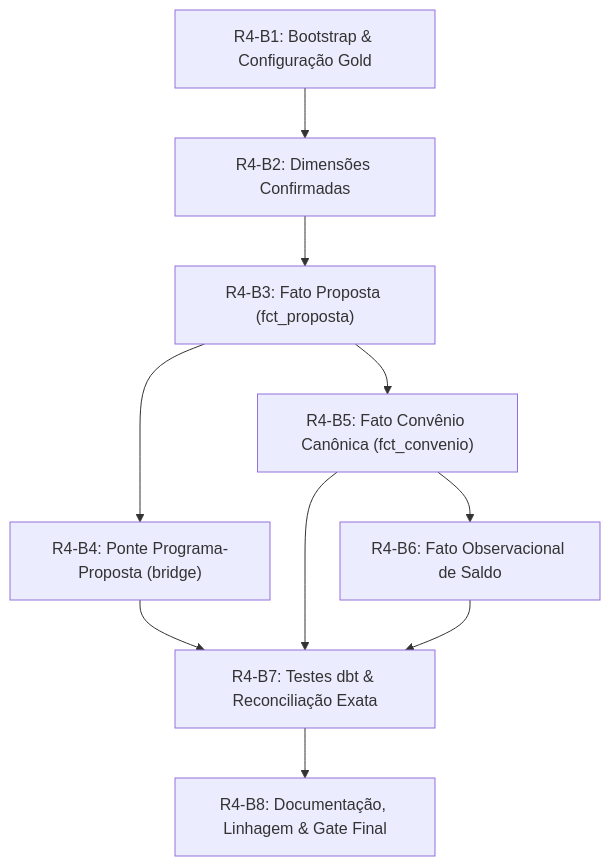
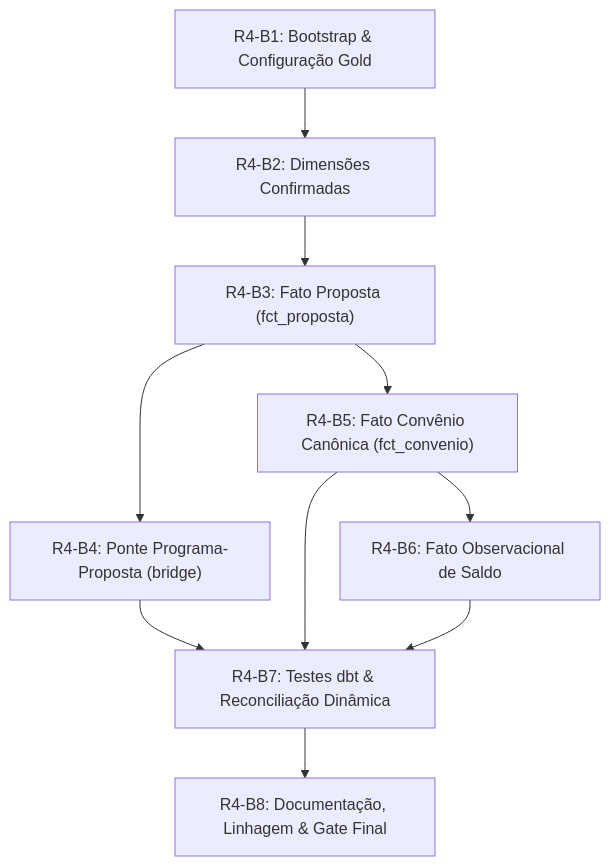
The diagram in docs/r4/r4a_plano_r4b.md (RaimundoMRNeto/lakehouse-transferencias-discricionarias-legais), drawn with Mermaid before and after one commit. The commit also changed other lines of this file and 4 other files, not shown here.

````diff
--- a/docs/r4/r4a_plano_r4b.md
+++ b/docs/r4/r4a_plano_r4b.md
@@ -18,12 +20,12 @@
 ```mermaid
 flowchart TD
     B1["R4-B1: Bootstrap & Configuração Gold"] --> B2["R4-B2: Dimensões Confirmadas"]
     B2 --> B3["R4-B3: Fato Proposta (fct_proposta)"]
     B3 --> B4["R4-B4: Ponte Programa-Proposta (bridge)"]
     B3 --> B5["R4-B5: Fato Convênio Canônica (fct_convenio)"]
     B5 --> B6["R4-B6: Fato Observacional de Saldo"]
-    B4 --> B7["R4-B7: Testes dbt & Reconciliação Exata"]
+    B4 --> B7["R4-B7: Testes dbt & Reconciliação Dinâmica"]
     B5 --> B7
     B6 --> B7
     B7 --> B8["R4-B8: Documentação, Linhagem & Gate Final"]
 ```
````
